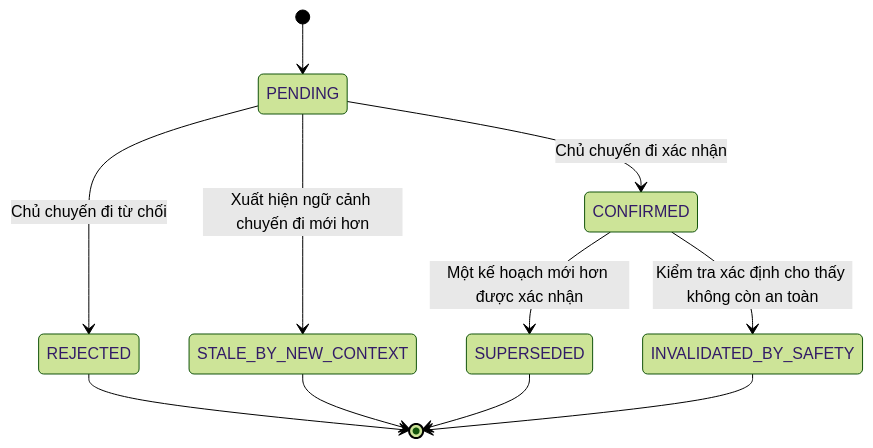
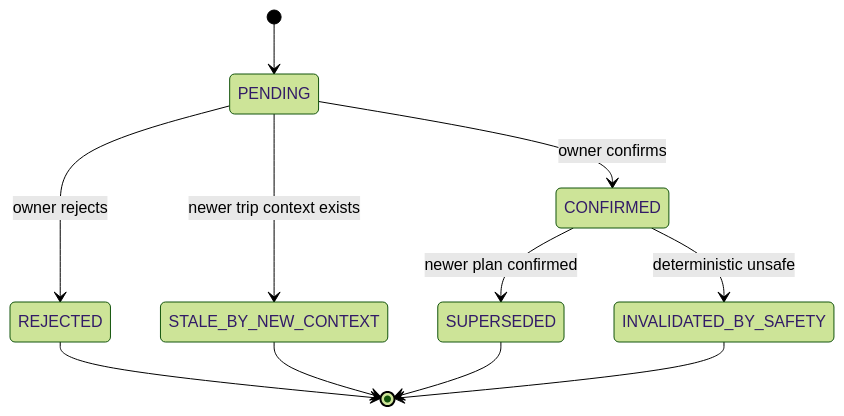
One commit to hoangnph951/Deploy_EV changed the second of 3 diagrams in docs/FEATURE_4_IMPLEMENTATION_SPEC_v2.0.md. Above: the diagram before and after it, drawn with Mermaid (forest theme). The commit also changed other lines of this file and 102 other files, not shown here.

````diff
--- a/docs/FEATURE_4_IMPLEMENTATION_SPEC_v2.0.md
+++ b/docs/FEATURE_4_IMPLEMENTATION_SPEC_v2.0.md
@@ -1494,15 +1485,15 @@
 ```mermaid
 stateDiagram-v2
     [*] --> PENDING
-    PENDING --> CONFIRMED: Chủ chuyến đi xác nhận
-    PENDING --> REJECTED: Chủ chuyến đi từ chối
-    PENDING --> STALE_BY_NEW_CONTEXT: Xuất hiện ngữ cảnh chuyến đi mới hơn
+    PENDING --> CONFIRMED: owner confirms
+    PENDING --> REJECTED: owner rejects
+    PENDING --> STALE_BY_NEW_CONTEXT: newer trip context exists
 
-    CONFIRMED --> SUPERSEDED: Một kế hoạch mới hơn được xác nhận
-    CONFIRMED --> INVALIDATED_BY_SAFETY: Kiểm tra xác định cho thấy không còn an toàn
+    CONFIRMED --> SUPERSEDED: newer plan confirmed
+    CONFIRMED --> INVALIDATED_BY_SAFETY: deterministic unsafe
 
     REJECTED --> [*]
     STALE_BY_NEW_CONTEXT --> [*]
     SUPERSEDED --> [*]
     INVALIDATED_BY_SAFETY --> [*]
 ```
````
